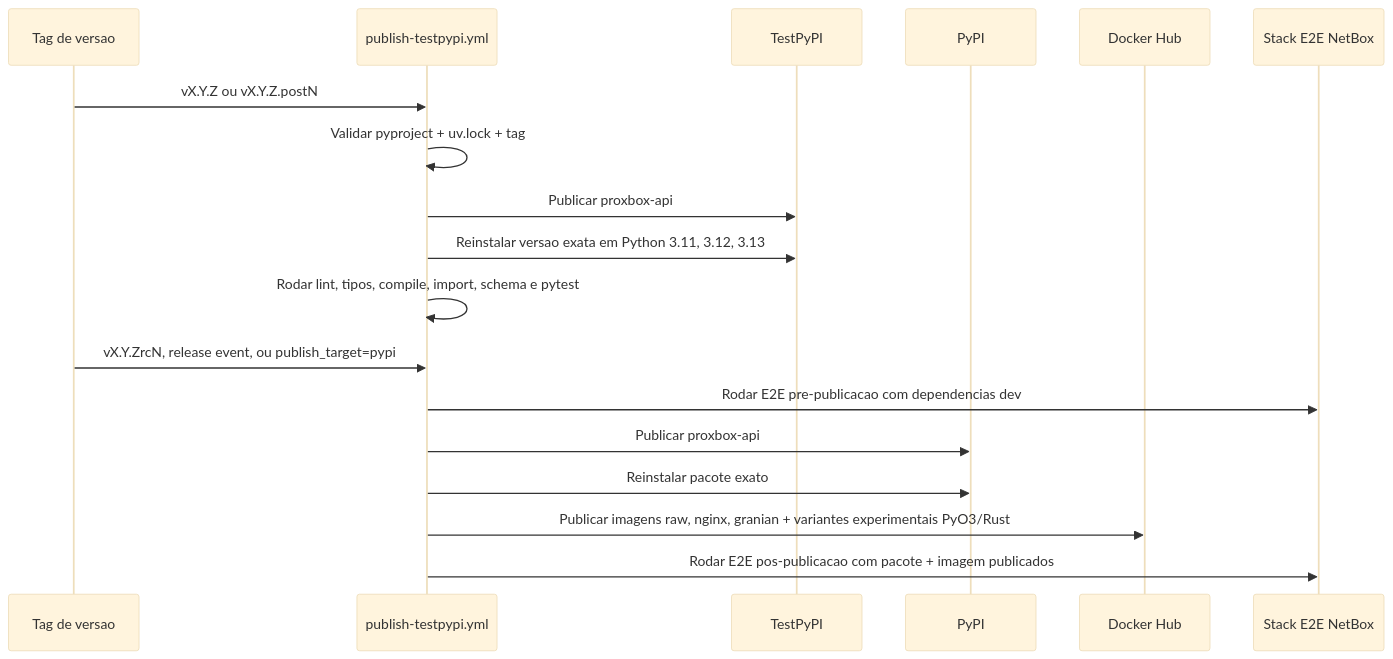
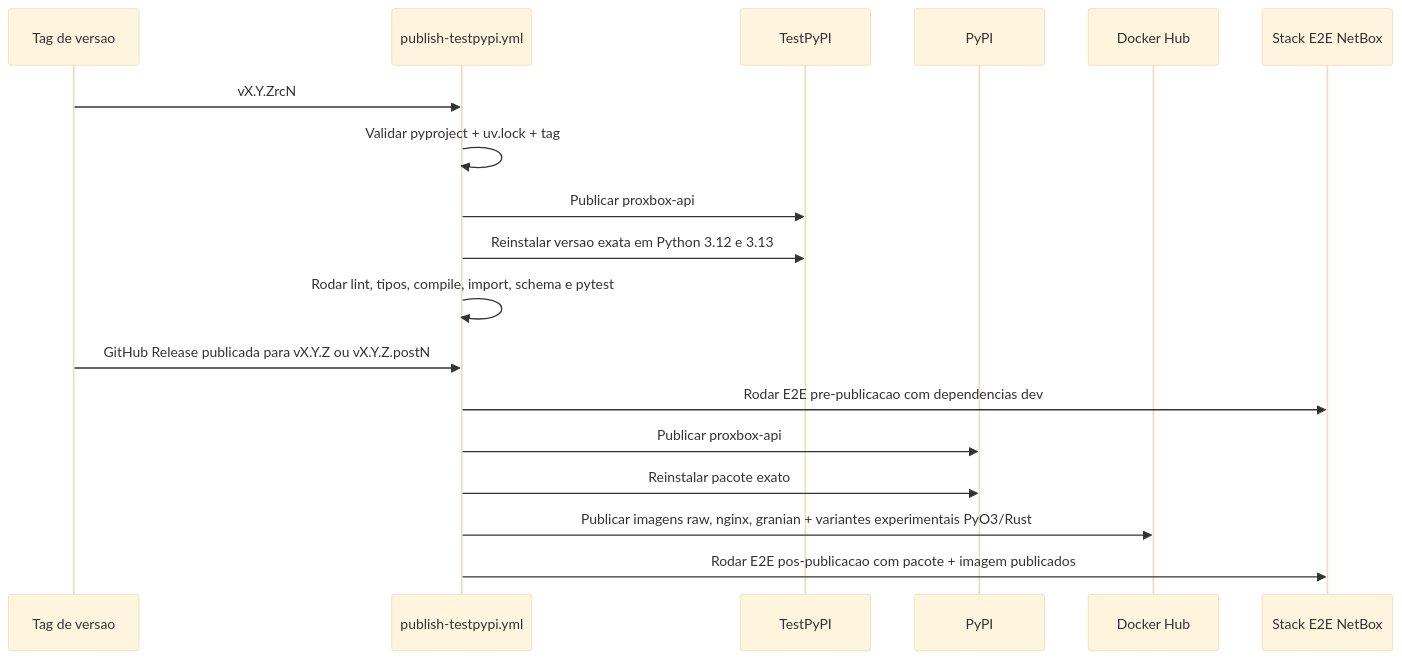
One commit to emersonfelipesp/proxbox-api changed the third of 3 diagrams in docs/pt-BR/development/ci-e2e-workflows.md. Above: the diagram before and after it, drawn with Mermaid (base theme). The commit also changed other lines of this file and 30 other files, not shown here.

````diff
--- a/docs/pt-BR/development/ci-e2e-workflows.md
+++ b/docs/pt-BR/development/ci-e2e-workflows.md
@@ -109,22 +109,22 @@
 ```mermaid
 sequenceDiagram
     participant Tag as Tag de versao
     participant WF as publish-testpypi.yml
     participant TP as TestPyPI
     participant PY as PyPI
     participant DH as Docker Hub
     participant E2E as Stack E2E NetBox
 
-    Tag->>WF: vX.Y.Z ou vX.Y.Z.postN
+    Tag->>WF: vX.Y.ZrcN
     WF->>WF: Validar pyproject + uv.lock + tag
     WF->>TP: Publicar proxbox-api
-    WF->>TP: Reinstalar versao exata em Python 3.11, 3.12, 3.13
+    WF->>TP: Reinstalar versao exata em Python 3.12 e 3.13
     WF->>WF: Rodar lint, tipos, compile, import, schema e pytest
 
-    Tag->>WF: vX.Y.ZrcN, release event, ou publish_target=pypi
+    Tag->>WF: GitHub Release publicada para vX.Y.Z ou vX.Y.Z.postN
     WF->>E2E: Rodar E2E pre-publicacao com dependencias dev
     WF->>PY: Publicar proxbox-api
     WF->>PY: Reinstalar pacote exato
     WF->>DH: Publicar imagens raw, nginx, granian + variantes experimentais PyO3/Rust
     WF->>E2E: Rodar E2E pos-publicacao com pacote + imagem publicados
 ```
````
